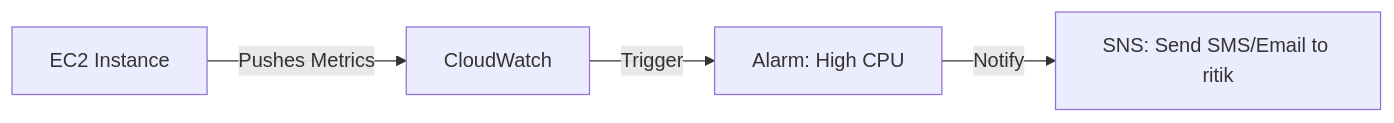
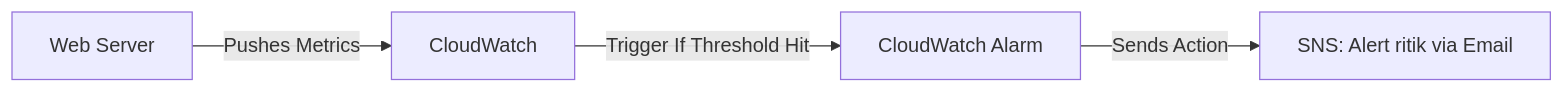
The diagram in terraform_roadmap/labs/day10-cloudwatch/README.md (Ritik12062002/Terraform_RoadMap), drawn with Mermaid before and after one commit. The commit also changed other lines of this file and 17 other files, not shown here.

Commit message:
Terraform Roadmap

````diff
--- a/terraform_roadmap/labs/day10-cloudwatch/README.md
+++ b/terraform_roadmap/labs/day10-cloudwatch/README.md
@@ -34,6 +53,6 @@
 ```mermaid
 graph LR
-    App[EC2 Instance] -- Pushes Metrics --> CW[CloudWatch]
-    CW -- Trigger --> Alarm[Alarm: High CPU]
-    Alarm -- Notify --> SNS[SNS: Send SMS/Email to ritik]
+    EC2[Web Server] -- Pushes Metrics --> CW[CloudWatch]
+    CW -- Trigger If Threshold Hit --> ALARM[CloudWatch Alarm]
+    ALARM -- Sends Action --> SNS[SNS: Alert ritik via Email]
 ```
````
